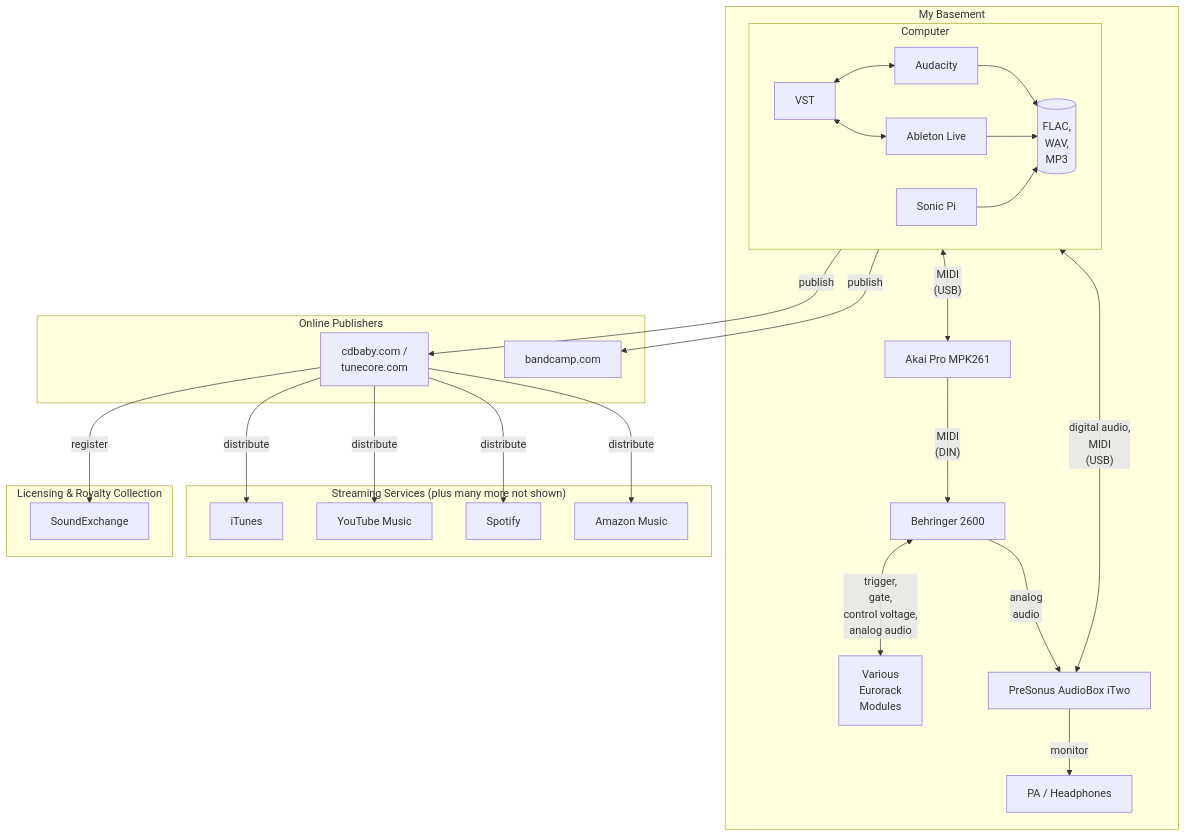
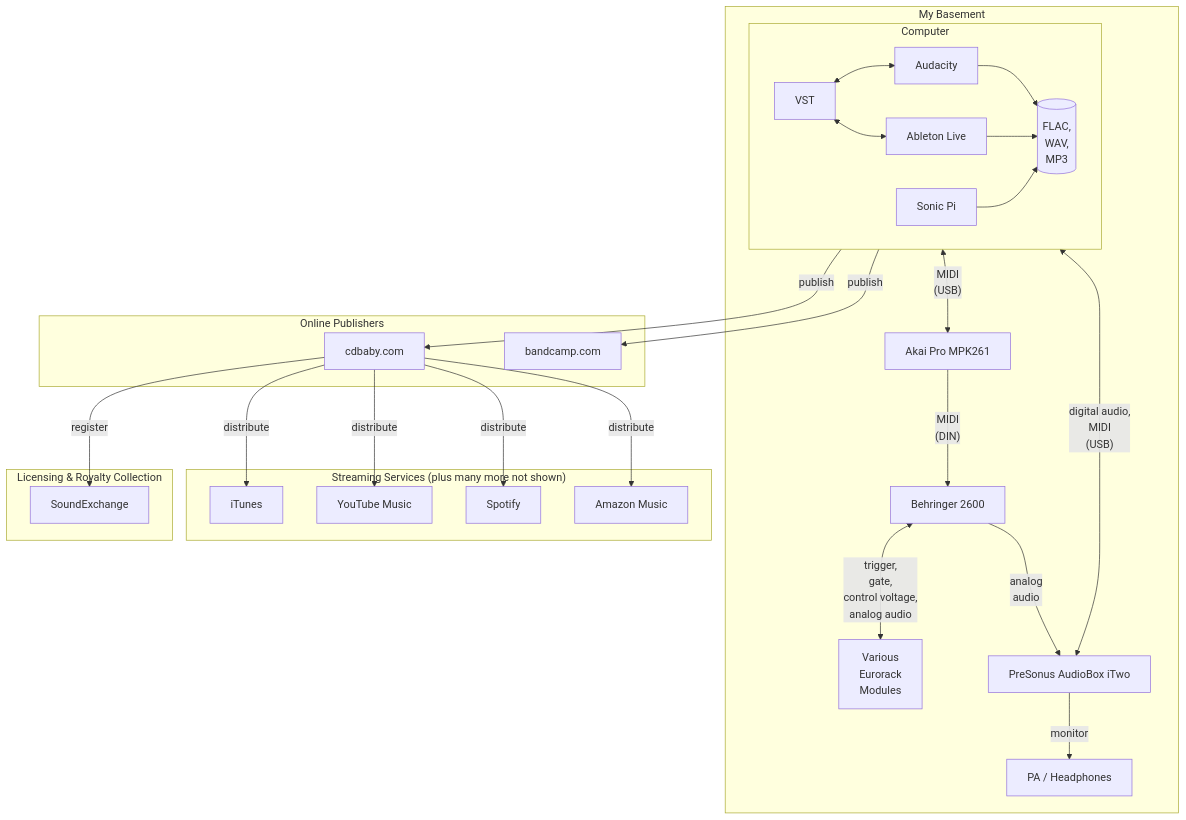
The diagram in src/music/today.md (parasaurolophus/rader.us), drawn with Mermaid before and after one commit. The commit also changed 3 other files, not shown here.

````diff
--- a/src/music/today.md
+++ b/src/music/today.md
@@ -8,57 +8,57 @@
 ```mermaid
 graph TB
 
         subgraph "My Basement"
 
             keyboard["Akai Pro MPK261"]
             b2600["Behringer 2600"]
 
             eurorack["Various\nEurorack\nModules"]
 
             adc["PreSonus AudioBox iTwo"]
 
             subgraph computer["Computer"]
                 audacity["Audacity"]
                 ableton["Ableton Live"]
                 sonicpi["Sonic Pi"]
                 plugins["VST"]
                 flac[("FLAC,\nWAV,\nMP3")]
                 plugins <--> audacity --> flac
                 plugins <--> ableton --> flac
                 sonicpi --> flac
             end
 
             monitor["PA / Headphones"]
 
         end
 
         subgraph cloud["Online Publishers"]
-            cdbaby["cdbaby.com /\ntunecore.com"]
+            cdbaby["cdbaby.com"]
             bandcamp["bandcamp.com"]
         end
 
         subgraph "Streaming Services (plus many more not shown)"
             itunes["iTunes"]
             youtube["YouTube Music"]
             spotify["Spotify"]
             amazon["Amazon Music"]
         end
 
         subgraph "Licensing & Royalty Collection"
             soundexchange["SoundExchange"]
         end
 
         keyboard -- "MIDI\n(DIN)" --> b2600
         b2600 <-- "trigger,\ngate,\ncontrol voltage,\nanalog audio" --> eurorack
         b2600 -- "analog\naudio" --> adc
         adc <-- "digital audio,\nMIDI\n(USB)" --> computer
         adc -- "monitor" --> monitor
         computer <-- "MIDI\n(USB)" --> keyboard
         computer -- "publish" --> cdbaby
         computer -- "publish" --> bandcamp
         cdbaby -- "distribute" --> itunes
         cdbaby -- "distribute" --> youtube
         cdbaby -- "distribute" --> spotify
         cdbaby -- "distribute" --> amazon
         cdbaby -- "register" --> soundexchange
 ```
````
